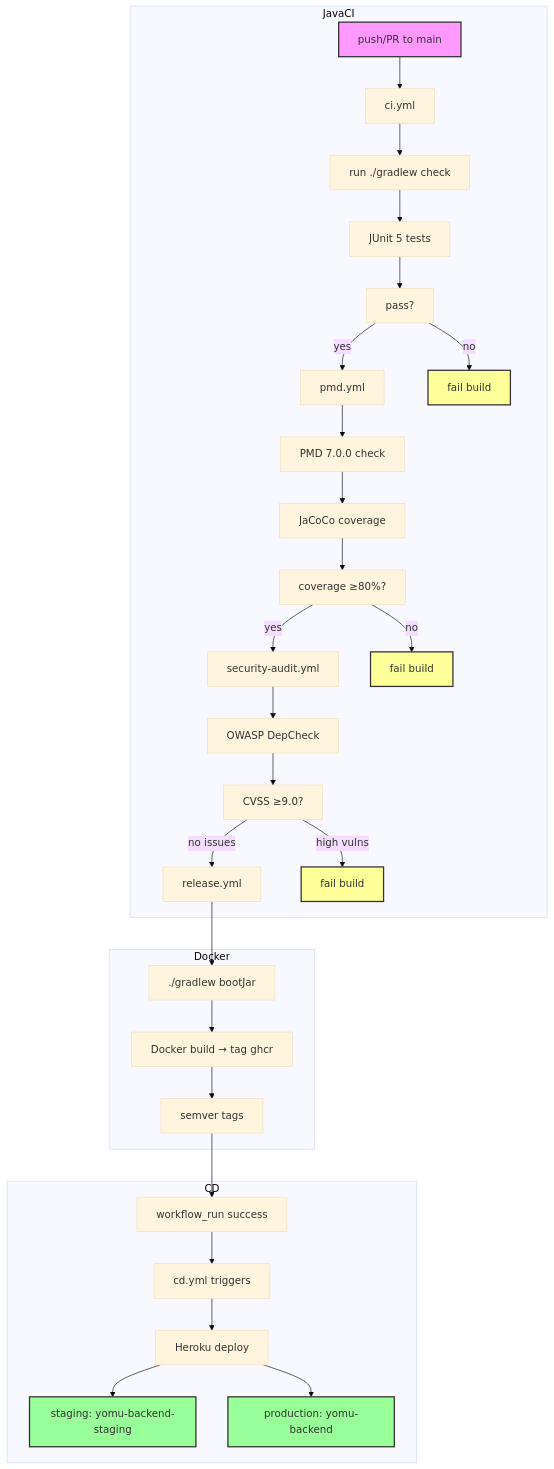
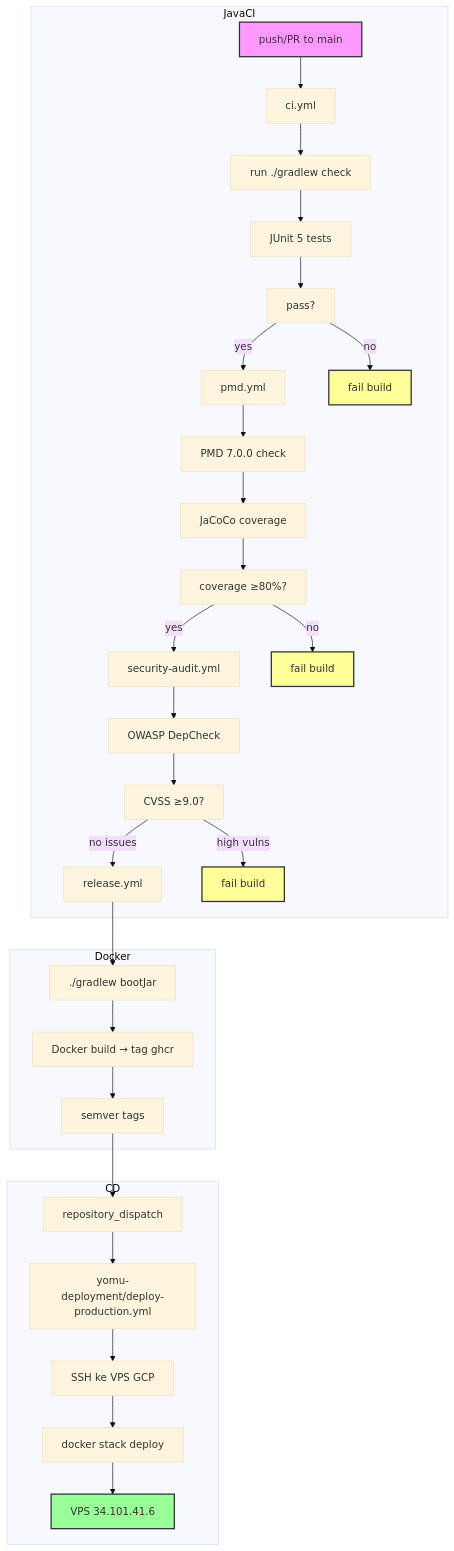
The diagram in content/docs/cicd/java-pipeline.mdx (advprog-2026-A14-project/yomu-docs), drawn with Mermaid (base theme) before and after one commit. The commit also changed other lines of this file and 10 other files, not shown here.

````diff
--- a/content/docs/cicd/java-pipeline.mdx
+++ b/content/docs/cicd/java-pipeline.mdx
@@ -9,41 +8,40 @@
 ```mermaid
 flowchart TD
     subgraph JavaCI
         A[push/PR to main] --> B[ci.yml]
         B --> B1[run ./gradlew check]
         B1 --> B2[JUnit 5 tests]
         B2 --> B3[pass?]
         B3 -->|yes| C[pmd.yml]
         B3 -->|no| FAIL1[fail build]
         C --> C1[PMD 7.0.0 check]
         C1 --> C2[JaCoCo coverage]
         C2 --> C3[coverage ≥80%?]
         C3 -->|yes| D[security-audit.yml]
         C3 -->|no| FAIL2[fail build]
         D --> D1[OWASP DepCheck]
         D1 --> D2[CVSS ≥9.0?]
         D2 -->|no issues| E[release.yml]
         D2 -->|high vulns| FAIL3[fail build]
     end
 
     subgraph Docker
         E --> E1[./gradlew bootJar]
         E1 --> E2[Docker build → tag ghcr]
         E2 --> E3[semver tags]
     end
 
     subgraph CD
-        E3 --> F[workflow_run success]
-        F --> F1[cd.yml triggers]
-        F1 --> F2[Heroku deploy]
-        F2 --> F3[staging: yomu-backend-staging]
-        F2 --> F4[production: yomu-backend]
+        E3 --> F[repository_dispatch]
+        F --> F1[yomu-deployment/deploy-production.yml]
+        F1 --> F2[SSH ke VPS GCP]
+        F2 --> F3[docker stack deploy]
+        F3 --> F4[VPS 34.101.41.6]
     end
 
     style A fill:#f9f,stroke:#333,stroke-width:2px
     style FAIL1 fill:#ff9,stroke:#333,stroke-width:2px
     style FAIL2 fill:#ff9,stroke:#333,stroke-width:2px
     style FAIL3 fill:#ff9,stroke:#333,stroke-width:2px
-    style F3 fill:#9f9,stroke:#333,stroke-width:2px
     style F4 fill:#9f9,stroke:#333,stroke-width:2px
 ```
````
